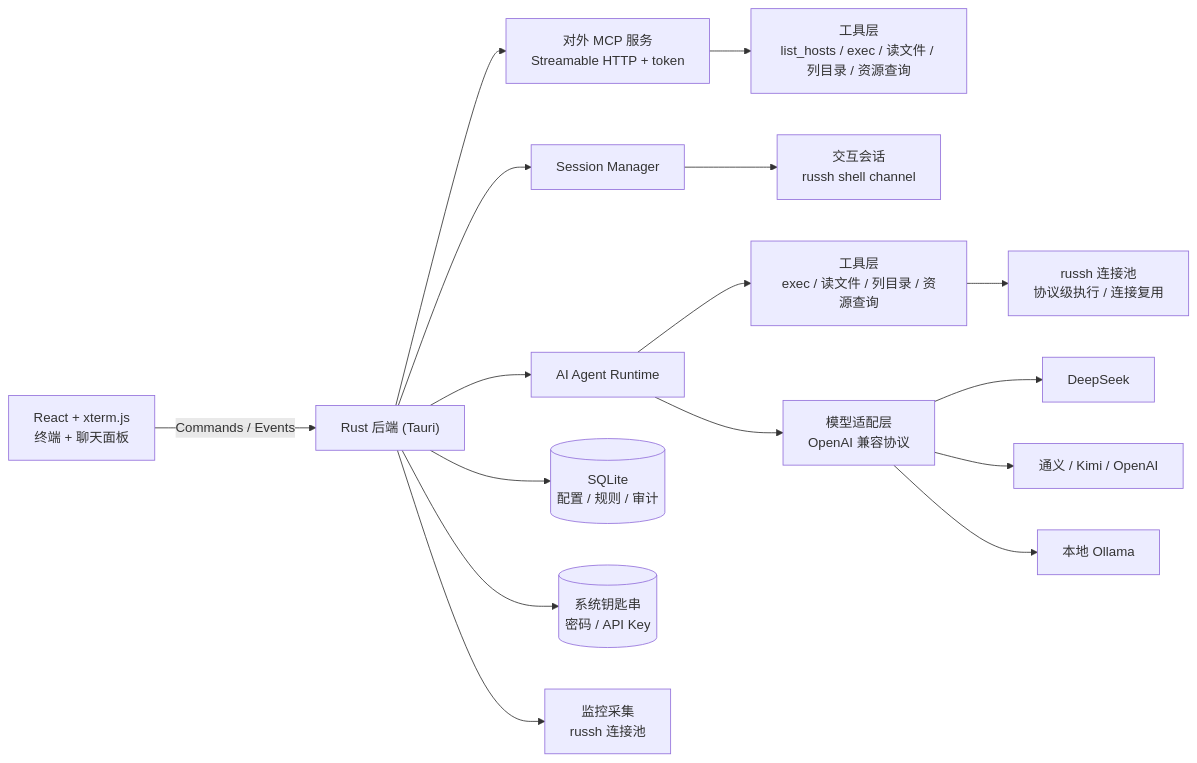
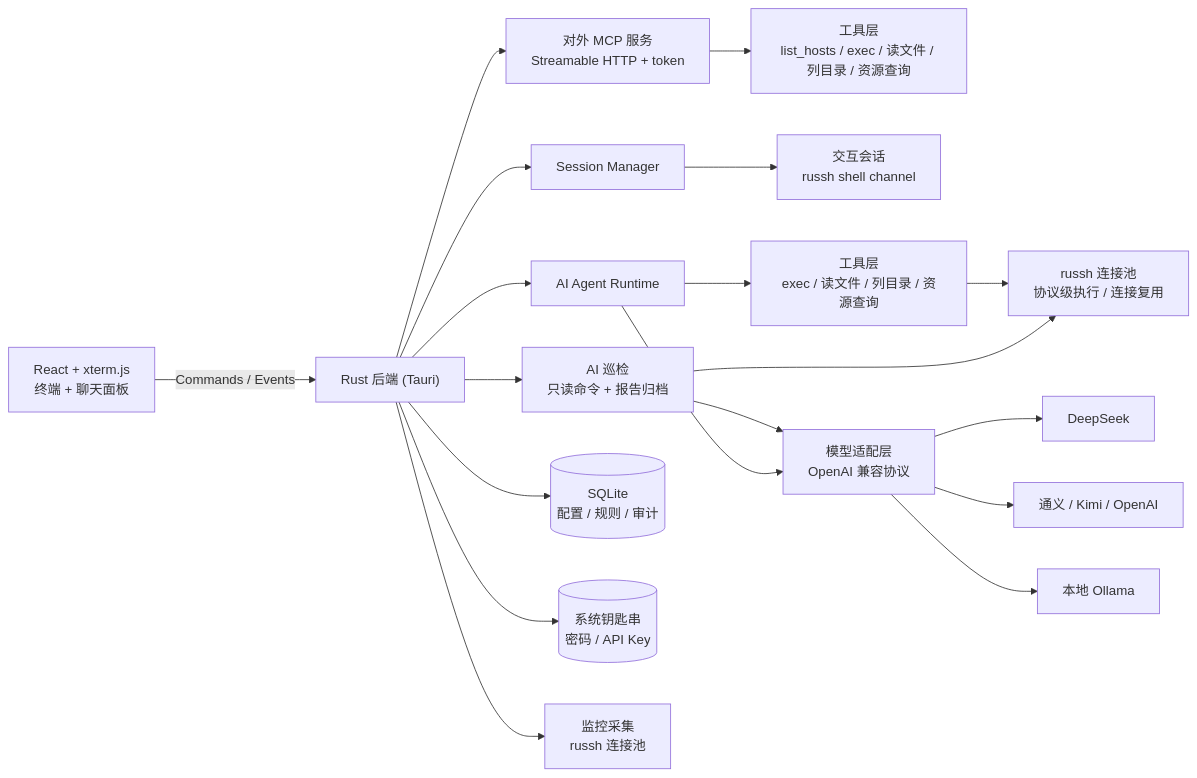
One commit to shaguocgl/buff-term changed the diagram in README.md. Above: the diagram before and after it, drawn with Mermaid. The commit also changed other lines of this file and 8 other files, not shown here.

````diff
--- a/README.md
+++ b/README.md
@@ -81,18 +84,21 @@
 ```mermaid
 flowchart LR
   UI["React + xterm.js<br/>终端 + 聊天面板"] -->|Commands / Events| BE["Rust 后端 (Tauri)"]
   BE --> SM["Session Manager"]
   BE --> AG["AI Agent Runtime"]
   BE --> MCP["对外 MCP 服务<br/>Streamable HTTP + token"]
   MCP --> MCPTOOL["工具层<br/>list_hosts / exec / 读文件 / 列目录 / 资源查询"]
   SM --> SSH["交互会话<br/>russh shell channel"]
   AG --> TOOL["工具层<br/>exec / 读文件 / 列目录 / 资源查询"]
   TOOL --> RSH["russh 连接池<br/>协议级执行 / 连接复用"]
+  BE --> INSP["AI 巡检<br/>只读命令 + 报告归档"]
+  INSP --> RSH
+  INSP --> PROV
   AG --> PROV["模型适配层<br/>OpenAI 兼容协议"]
   PROV --> DS["DeepSeek"]
   PROV --> QW["通义 / Kimi / OpenAI"]
   PROV --> OLL["本地 Ollama"]
   BE --> DB[("SQLite<br/>配置 / 规则 / 审计")]
   BE --> KC[("系统钥匙串<br/>密码 / API Key")]
   BE --> MON["监控采集<br/>russh 连接池"]
 ```
````
